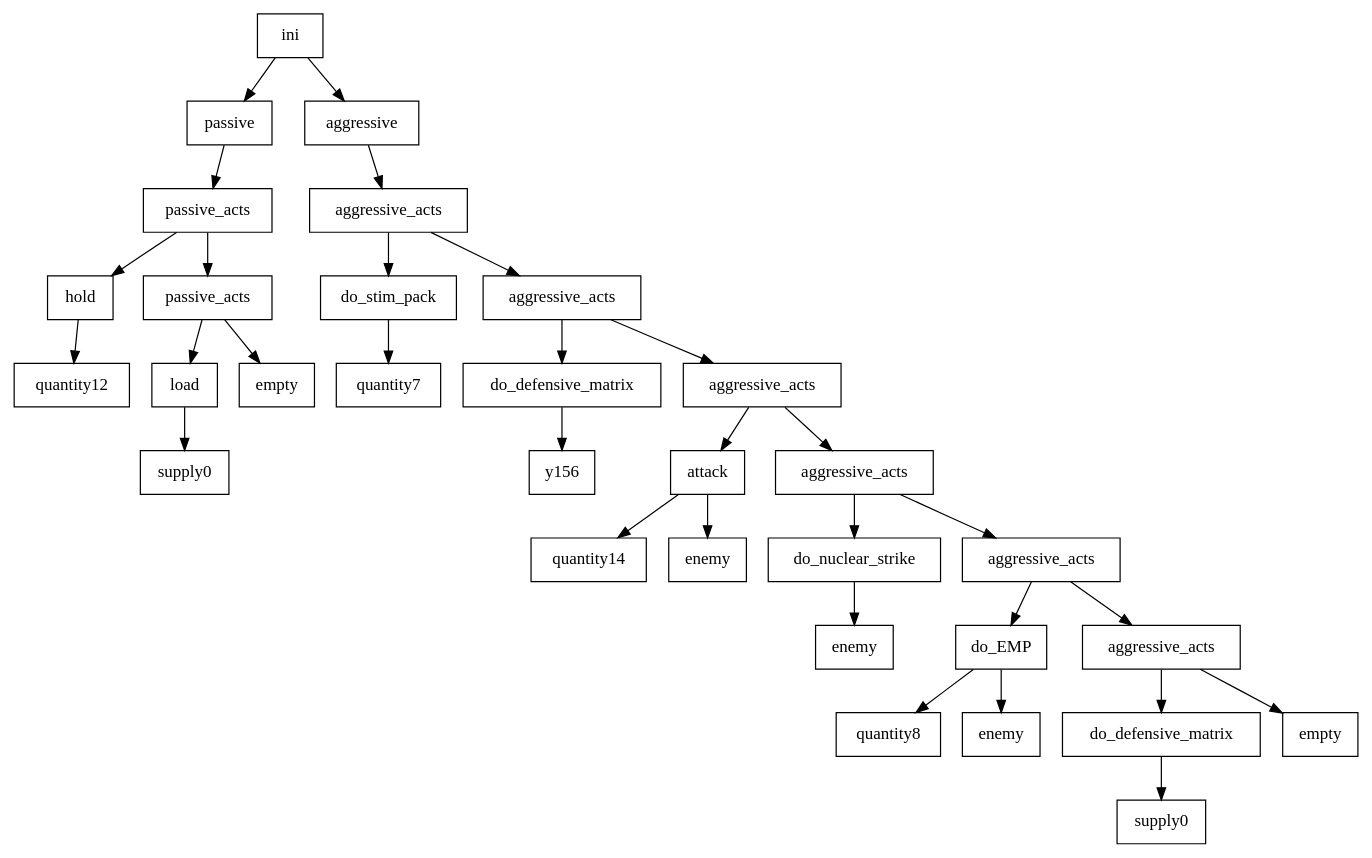
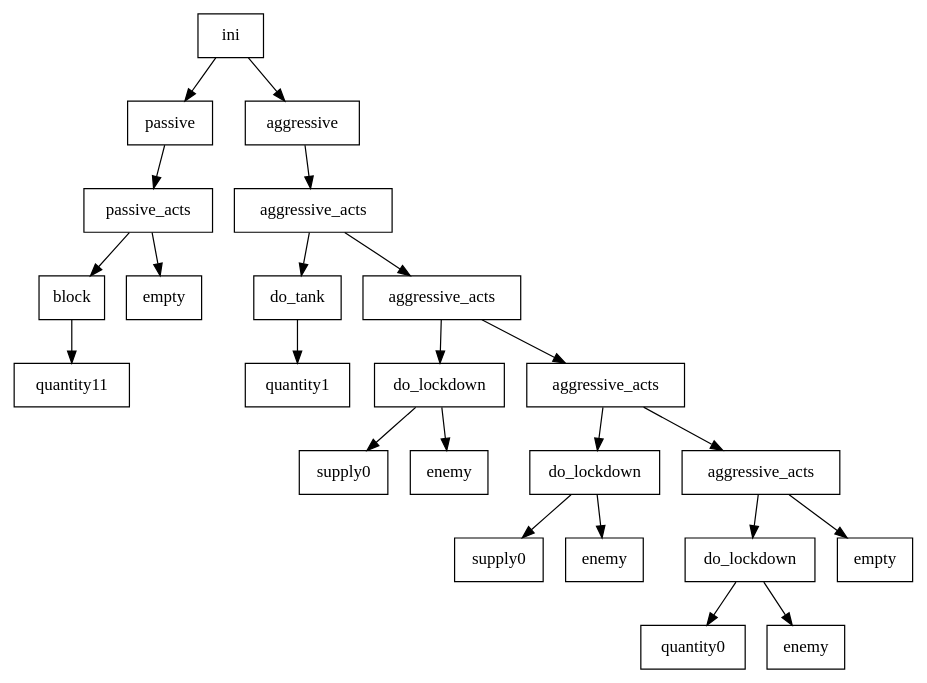
One commit to cryogenic-dreams/StarCraft-GPBot changed the diagram in GPBot/file2.dot. Above: the diagram before and after it, drawn with Graphviz. The commit also changed 10 other files, not shown here.

```diff
--- a/GPBot/file2.dot
+++ b/GPBot/file2.dot
@@ -1,65 +1,49 @@
 digraph g {
 graph [ordering=out];
 node [shape=rectangle];
 n[label = "ini"];
 n0[label = "passive"];
 n00[label = "passive_acts"];
-n000[label = "hold"];
-n0000[label = "quantity12"];
+n000[label = "block"];
+n0000[label = "quantity11"];
 n000 -> n0000;
 n00 -> n000;
-n001[label = "passive_acts"];
-n0010[label = "load"];
-n00100[label = "supply0"];
-n0010 -> n00100;
-n001 -> n0010;
-n0011[label = "empty"];
-n001 -> n0011;
+n001[label = "empty"];
 n00 -> n001;
 n0 -> n00;
 n -> n0;
 n1[label = "aggressive"];
 n10[label = "aggressive_acts"];
-n100[label = "do_stim_pack"];
-n1000[label = "quantity7"];
+n100[label = "do_tank"];
+n1000[label = "quantity1"];
 n100 -> n1000;
 n10 -> n100;
 n101[label = "aggressive_acts"];
-n1010[label = "do_defensive_matrix"];
-n10100[label = "y156"];
+n1010[label = "do_lockdown"];
+n10100[label = "supply0"];
 n1010 -> n10100;
+n10101[label = "enemy"];
+n1010 -> n10101;
 n101 -> n1010;
 n1011[label = "aggressive_acts"];
-n10110[label = "attack"];
-n101100[label = "quantity14"];
+n10110[label = "do_lockdown"];
+n101100[label = "supply0"];
 n10110 -> n101100;
 n101101[label = "enemy"];
 n10110 -> n101101;
 n1011 -> n10110;
 n10111[label = "aggressive_acts"];
-n101110[label = "do_nuclear_strike"];
-n1011100[label = "enemy"];
+n101110[label = "do_lockdown"];
+n1011100[label = "quantity0"];
 n101110 -> n1011100;
+n1011101[label = "enemy"];
+n101110 -> n1011101;
 n10111 -> n101110;
-n101111[label = "aggressive_acts"];
-n1011110[label = "do_EMP"];
-n10111100[label = "quantity8"];
-n1011110 -> n10111100;
-n10111101[label = "enemy"];
-n1011110 -> n10111101;
-n101111 -> n1011110;
-n1011111[label = "aggressive_acts"];
-n10111110[label = "do_defensive_matrix"];
-n101111100[label = "supply0"];
-n10111110 -> n101111100;
-n1011111 -> n10111110;
-n10111111[label = "empty"];
-n1011111 -> n10111111;
-n101111 -> n1011111;
+n101111[label = "empty"];
 n10111 -> n101111;
 n1011 -> n10111;
 n101 -> n1011;
 n10 -> n101;
 n1 -> n10;
 n -> n1;
 }
```
